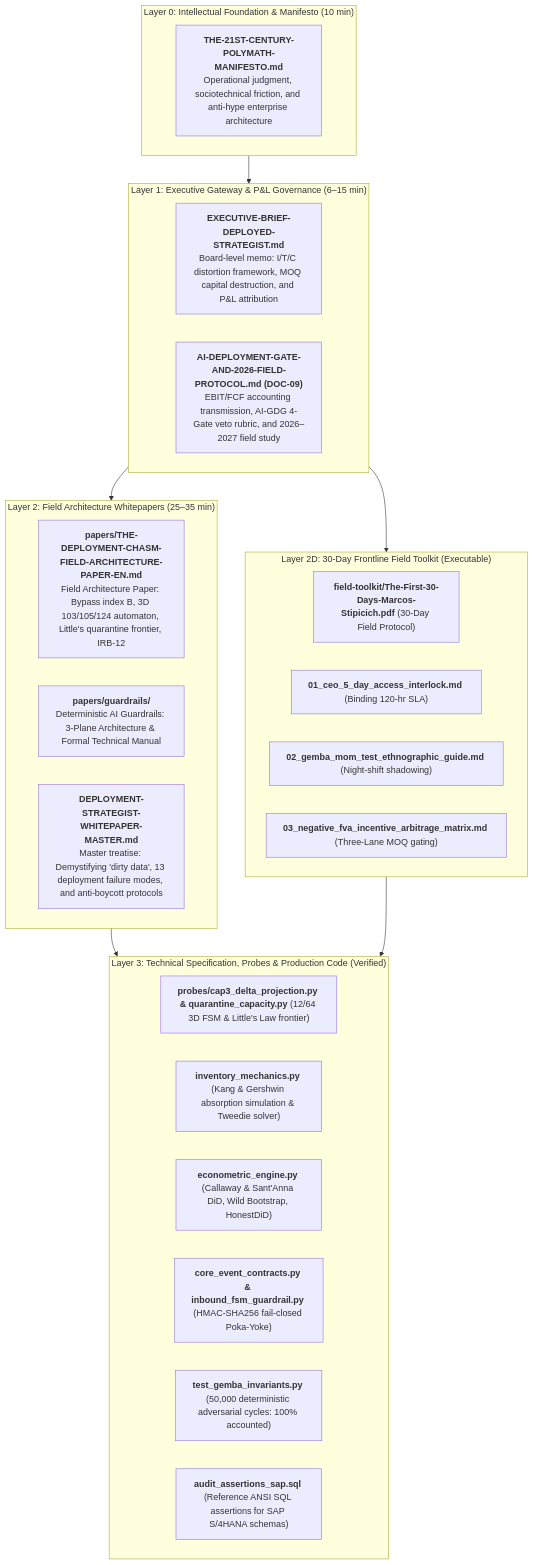
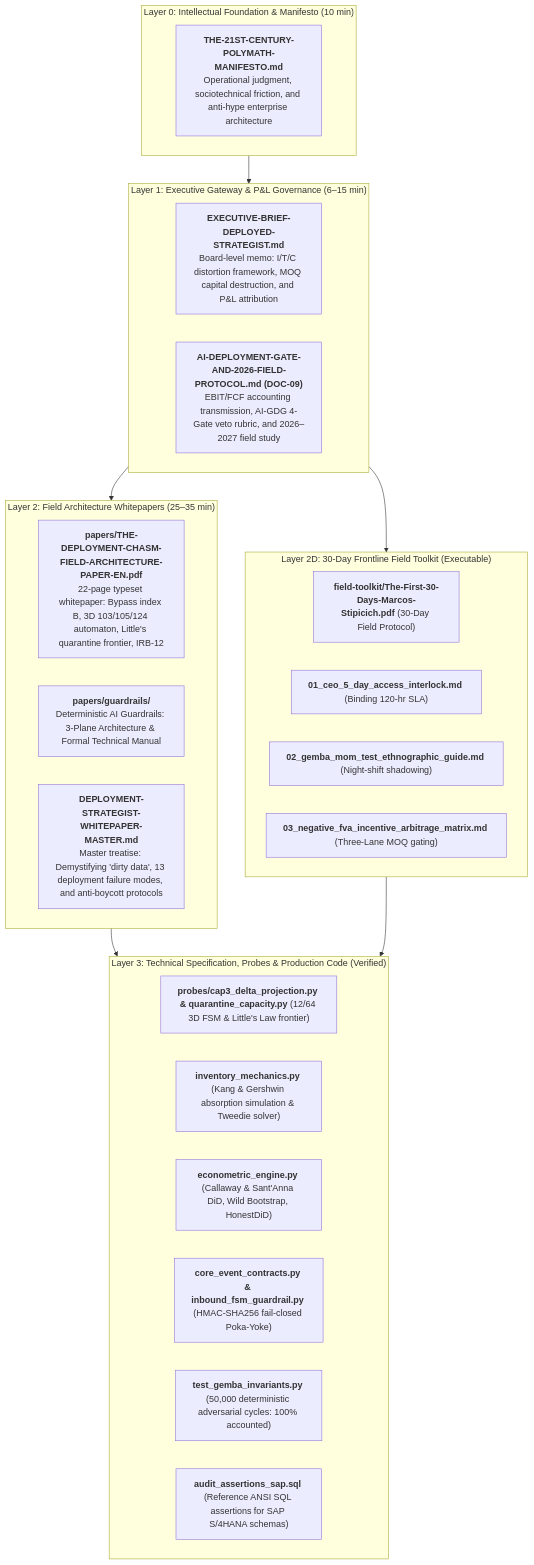
The first of 2 diagrams in README.md (esstipi-debug/mellon), drawn with Mermaid before and after one commit. The commit also changed other lines of this file and 5 other files, not shown here.

First line of the commit message:
docs(papers): rebuild the two Field Architecture Paper PDFs from the corrected text

````diff
--- a/README.md
+++ b/README.md
@@ -82,39 +82,39 @@
 ```mermaid
 flowchart TD
     subgraph Layer0["Layer 0: Intellectual Foundation & Manifesto (10 min)"]
         L0["<b>THE-21ST-CENTURY-POLYMATH-MANIFESTO.md</b><br/>Operational judgment, sociotechnical friction, and anti-hype enterprise architecture"]
     end
 
     subgraph Layer1["Layer 1: Executive Gateway & P&L Governance (6–15 min)"]
         L1["<b>EXECUTIVE-BRIEF-DEPLOYED-STRATEGIST.md</b><br/>Board-level memo: I/T/C distortion framework, MOQ capital destruction, and P&L attribution"]
         L1B["<b>AI-DEPLOYMENT-GATE-AND-2026-FIELD-PROTOCOL.md (DOC-09)</b><br/>EBIT/FCF accounting transmission, AI-GDG 4-Gate veto rubric, and 2026–2027 field study"]
     end
 
     subgraph Layer2A["Layer 2: Field Architecture Whitepapers (25–35 min)"]
-        L2P["<b>papers/THE-DEPLOYMENT-CHASM-FIELD-ARCHITECTURE-PAPER-EN.md</b><br/>Field Architecture Paper: Bypass index B, 3D 103/105/124 automaton, Little's quarantine frontier, IRB-12"]
+        L2P["<b>papers/THE-DEPLOYMENT-CHASM-FIELD-ARCHITECTURE-PAPER-EN.pdf</b><br/>22-page typeset whitepaper: Bypass index B, 3D 103/105/124 automaton, Little's quarantine frontier, IRB-12"]
         L2G["<b>papers/guardrails/</b><br/>Deterministic AI Guardrails: 3-Plane Architecture & Formal Technical Manual"]
         L2A["<b>DEPLOYMENT-STRATEGIST-WHITEPAPER-MASTER.md</b><br/>Master treatise: Demystifying 'dirty data', 13 deployment failure modes, and anti-boycott protocols"]
     end
 
     subgraph Layer2D["Layer 2D: 30-Day Frontline Field Toolkit (Executable)"]
         L2D0["<b>field-toolkit/The-First-30-Days-Marcos-Stipicich.pdf</b> (30-Day Field Protocol)"]
         L2D1["<b>01_ceo_5_day_access_interlock.md</b> (Binding 120-hr SLA)"]
         L2D2["<b>02_gemba_mom_test_ethnographic_guide.md</b> (Night-shift shadowing)"]
         L2D3["<b>03_negative_fva_incentive_arbitrage_matrix.md</b> (Three-Lane MOQ gating)"]
     end
 
     subgraph Layer3["Layer 3: Technical Specification, Probes & Production Code (Verified)"]
         C0["<b>probes/cap3_delta_projection.py & quarantine_capacity.py</b> (12/64 3D FSM & Little's Law frontier)"]
         C1["<b>inventory_mechanics.py</b> (Kang & Gershwin absorption simulation & Tweedie solver)"]
         C2["<b>econometric_engine.py</b> (Callaway & Sant'Anna DiD, Wild Bootstrap, HonestDiD)"]
         C3["<b>core_event_contracts.py & inbound_fsm_guardrail.py</b> (HMAC-SHA256 fail-closed Poka-Yoke)"]
         C5["<b>test_gemba_invariants.py</b> (50,000 deterministic adversarial cycles: 100% accounted)"]
         C6["<b>audit_assertions_sap.sql</b> (Reference ANSI SQL assertions for SAP S/4HANA schemas)"]
     end
 
     Layer0 --> Layer1
     Layer1 --> Layer2A
     Layer1 --> Layer2D
     Layer2A --> Layer3
     Layer2D --> Layer3
 ```
````
